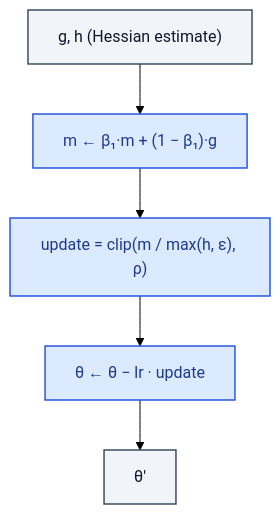
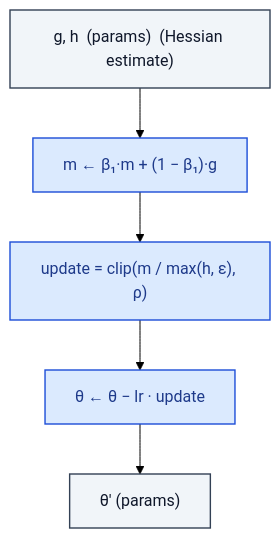
One commit to RealityShifts/Srivastava-book-of-Blocks-diagrams changed the diagram in optimization/Sophia.md. Above: the diagram before and after it, drawn with Mermaid (forest theme). The commit also changed 123 other files, not shown here.

````diff
--- a/optimization/Sophia.md
+++ b/optimization/Sophia.md
@@ -7,21 +7,22 @@
 ```mermaid
 flowchart TD
-    n0_0["g, h  (Hessian estimate)"]:::io
+    n0_0["g, h  (params)  (Hessian estimate)"]:::io
     n1_0["m ← β₁·m + (1 − β₁)·g"]:::op
     n2_0["update = clip(m / max(h, ε), ρ)"]:::op
     n3_0["θ ← θ − lr · update"]:::op
-    n4_0["θ'"]:::io
+    n4_0["θ'  (params)"]:::io
     n0_0 --> n1_0
     n1_0 --> n2_0
     n2_0 --> n3_0
     n3_0 --> n4_0
     classDef io fill:#f1f5f9,stroke:#334155,stroke-width:1.4px,color:#0f172a
     classDef op fill:#dbeafe,stroke:#1d4ed8,stroke-width:1.4px,color:#1e3a8a
     classDef norm fill:#dcfce7,stroke:#15803d,stroke-width:1.4px,color:#14532d
     classDef act fill:#ffedd5,stroke:#c2410c,stroke-width:1.4px,color:#7c2d12
     classDef attn fill:#ede9fe,stroke:#6d28d9,stroke-width:1.4px,color:#4c1d95
     classDef merge fill:#fef3c7,stroke:#b45309,stroke-width:1.4px,color:#78350f
     classDef emb fill:#fef9c3,stroke:#a16207,stroke-width:1.4px,color:#713f12
     classDef loss fill:#fee2e2,stroke:#b91c1c,stroke-width:1.4px,color:#7f1d1d
     classDef ctrl fill:#f5f5f4,stroke:#52525b,stroke-width:1.4px,color:#27272a
+    classDef ref fill:#e0f2fe,stroke:#0369a1,stroke-width:2px,color:#0c4a6e,stroke-dasharray: 4 2
 ```
````
